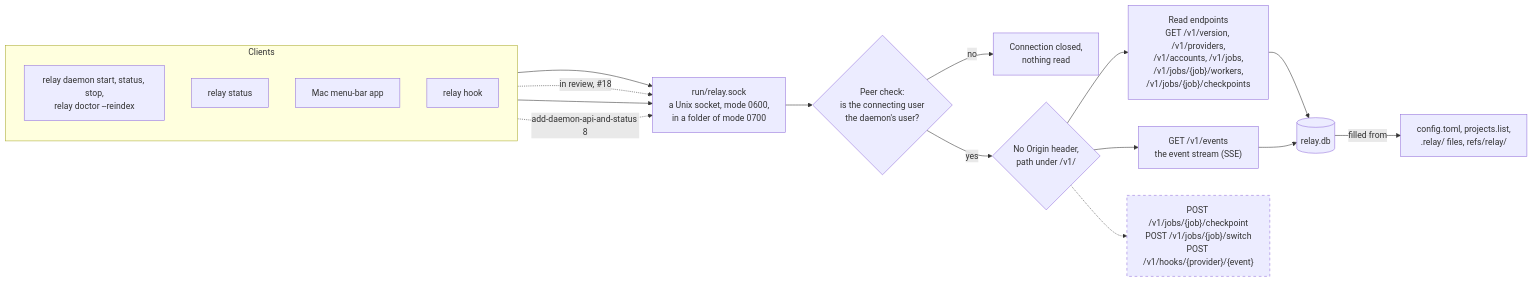
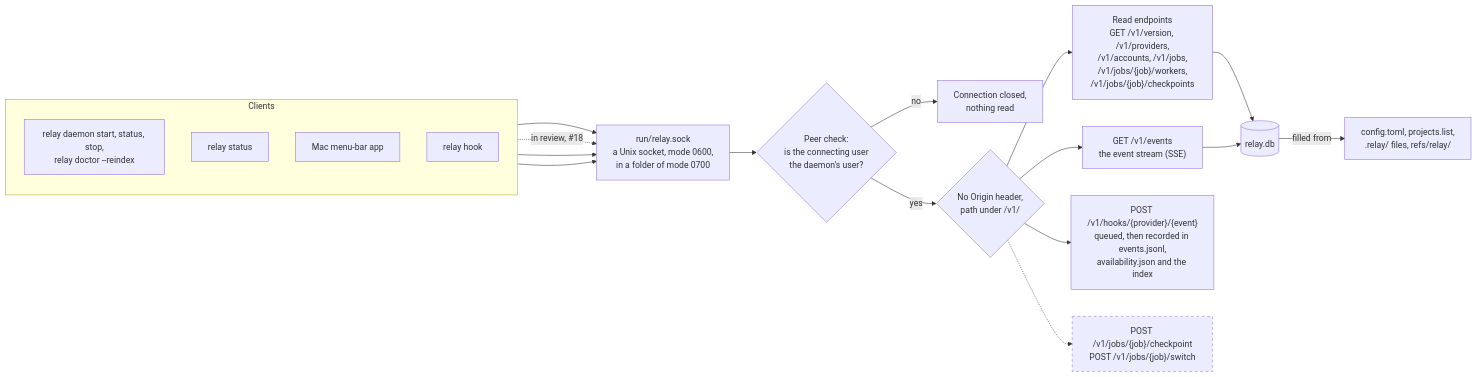
Before and after one commit to FrejusGdm/relay: the fourth of 5 diagrams in docs/architecture.md, drawn with Mermaid. The commit also changed other lines of this file and 35 other files, not shown here.

First line of the commit message:
feat: provider hooks reach the daemon (add-daemon-api-and-status 8)

````diff
--- a/docs/architecture.md
+++ b/docs/architecture.md
@@ -192,28 +194,29 @@
 ```mermaid
 flowchart LR
   subgraph clients["Clients"]
     direction TB
     daemoncmd["relay daemon start, status, stop,<br/>relay doctor --reindex"]
     status["relay status"]
     mac["Mac menu-bar app"]
     hook["relay hook"]
   end
 
   daemoncmd --> sock
   status -.->|"in review, #18"| sock
   mac --> sock
-  hook -.->|"add-daemon-api-and-status 8"| sock
+  hook --> sock
 
   sock["run/relay.sock<br/>a Unix socket, mode 0600,<br/>in a folder of mode 0700"] --> peer{"Peer check:<br/>is the connecting user<br/>the daemon's user?"}
   peer -->|"no"| closed["Connection closed,<br/>nothing read"]
   peer -->|"yes"| router{"No Origin header,<br/>path under /v1/"}
   router --> reads["Read endpoints<br/>GET /v1/version, /v1/providers,<br/>/v1/accounts, /v1/jobs,<br/>/v1/jobs/{job}/workers,<br/>/v1/jobs/{job}/checkpoints"]
   router --> sse["GET /v1/events<br/>the event stream (SSE)"]
-  router -.-> actions["POST /v1/jobs/{job}/checkpoint<br/>POST /v1/jobs/{job}/switch<br/>POST /v1/hooks/{provider}/{event}"]
+  router --> hooks["POST /v1/hooks/{provider}/{event}<br/>queued, then recorded in events.jsonl,<br/>availability.json and the index"]
+  router -.-> actions["POST /v1/jobs/{job}/checkpoint<br/>POST /v1/jobs/{job}/switch"]
   reads --> index[("relay.db")]
   sse --> index
   index -->|"filled from"| files["config.toml, projects.list,<br/>.relay/ files, refs/relay/"]
 
   classDef later stroke-dasharray: 5 5
   class actions later
 ```
````
